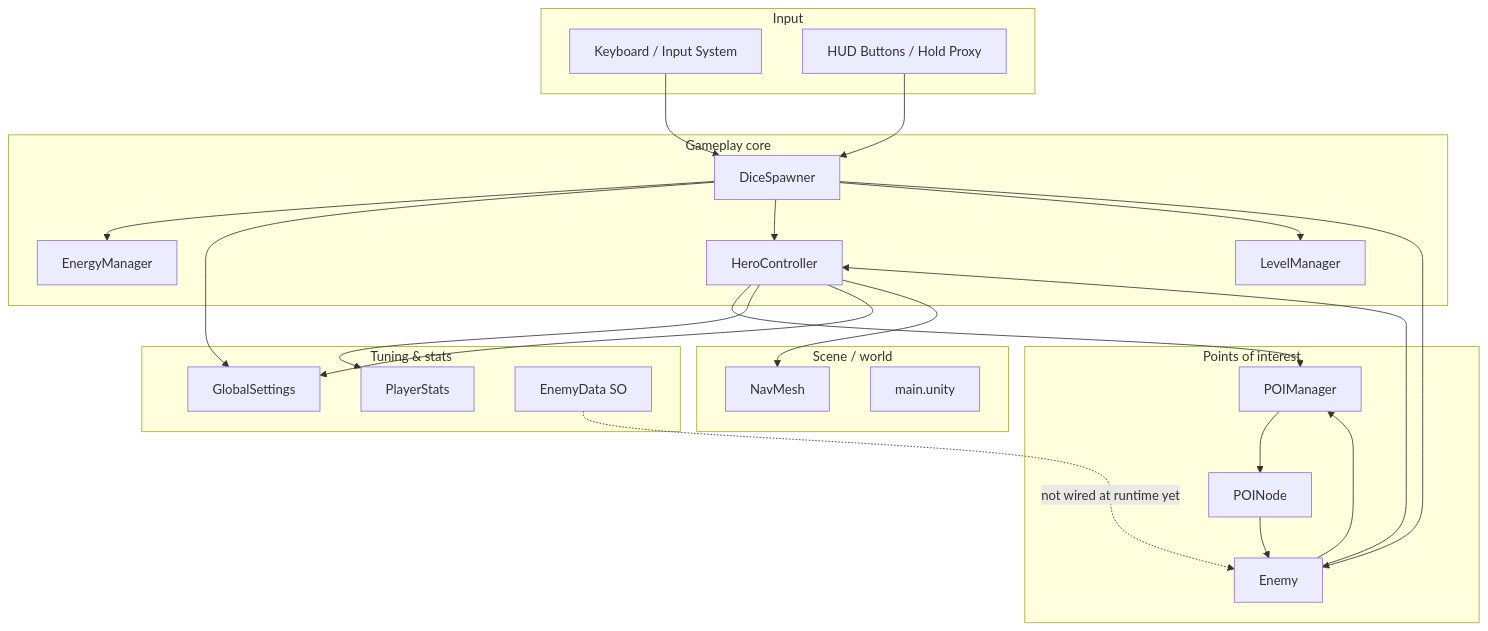
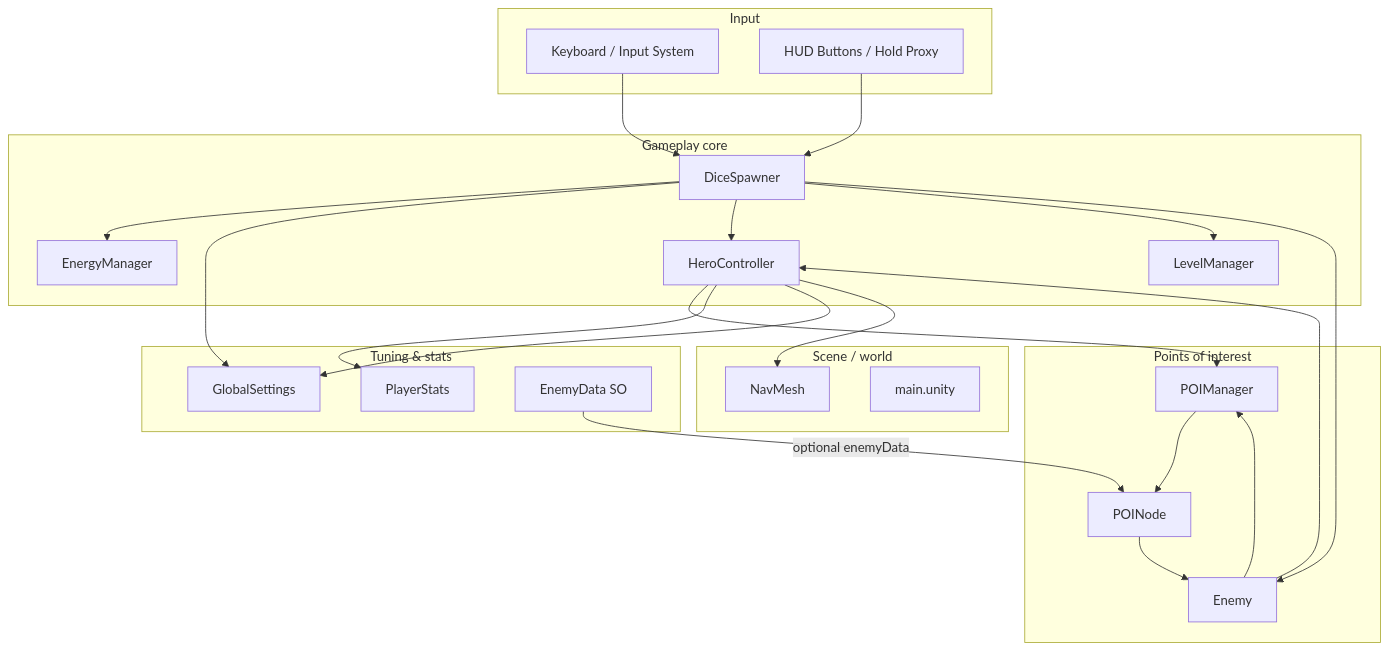
Before and after one commit to czyzem-stack/fatesRoll: the first of 15 diagrams in docs/ARCHITECTURE.md, drawn with Mermaid. The commit also changed other lines of this file and 16 other files, not shown here.

````diff
--- a/docs/ARCHITECTURE.md
+++ b/docs/ARCHITECTURE.md
@@ -30,51 +30,51 @@
 ```mermaid
 flowchart TB
     subgraph Input
         KB[Keyboard / Input System]
         UI[HUD Buttons / Hold Proxy]
     end
 
     subgraph Core["Gameplay core"]
         DS[DiceSpawner]
         HC[HeroController]
         EM[EnergyManager]
         LM[LevelManager]
     end
 
     subgraph POI["Points of interest"]
         PM[POIManager]
         PN[POINode]
         EN[Enemy]
     end
 
     subgraph Data["Tuning & stats"]
         GS[GlobalSettings]
         PS[PlayerStats]
         ED[EnemyData SO]
     end
 
     subgraph World["Scene / world"]
         NM[NavMesh]
         SC[main.unity]
     end
 
     KB --> DS
     UI --> DS
     DS --> EM
     DS --> GS
     DS --> HC
     DS --> LM
     DS --> EN
 
     HC --> PM
     HC --> PS
     HC --> GS
     HC --> NM
 
     PM --> PN
+    ED -->|optional enemyData| PN
     PN --> EN
-    ED -.->|not wired at runtime yet| EN
 
     EN --> HC
     EN --> PM
 ```
````
